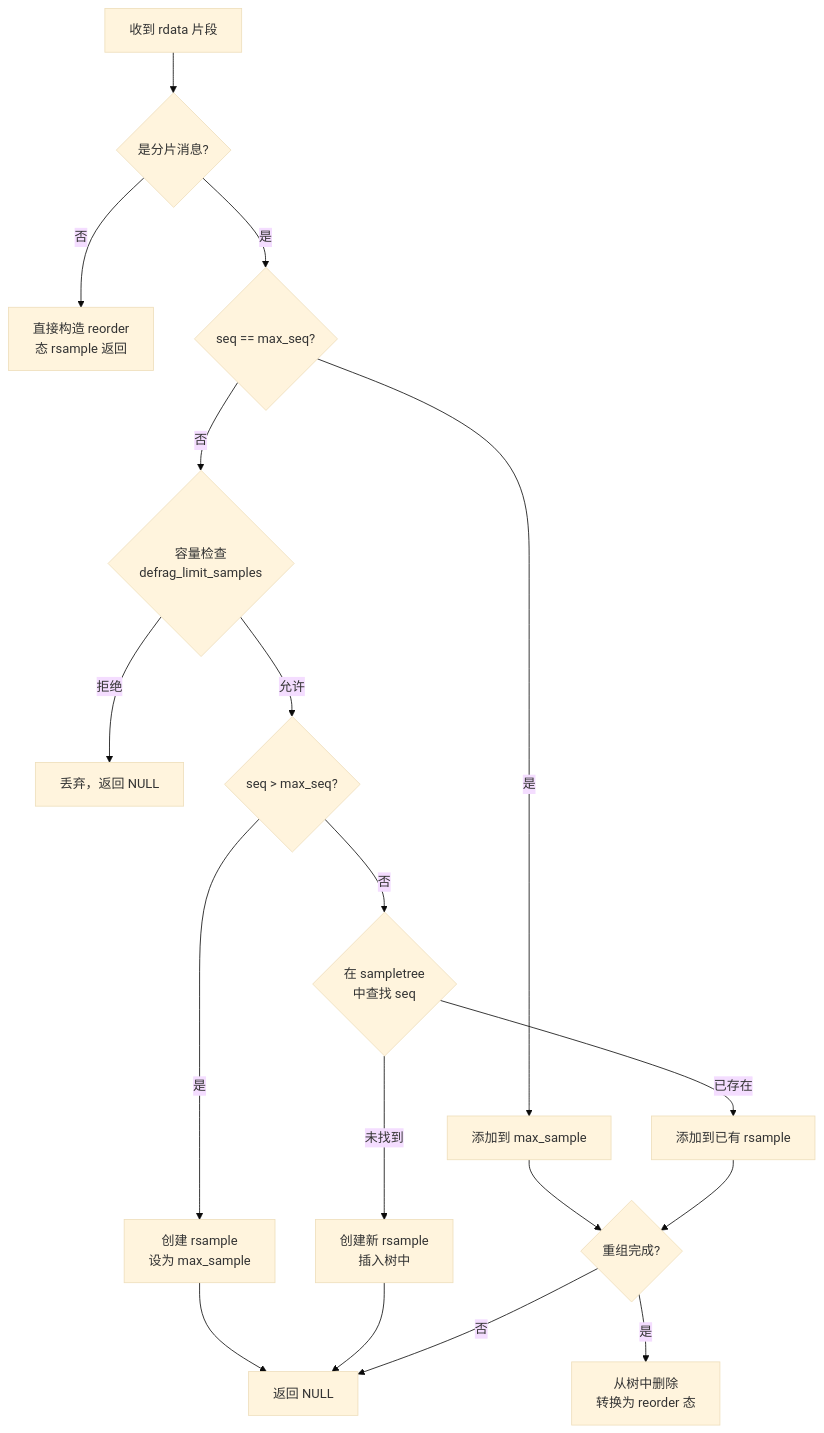
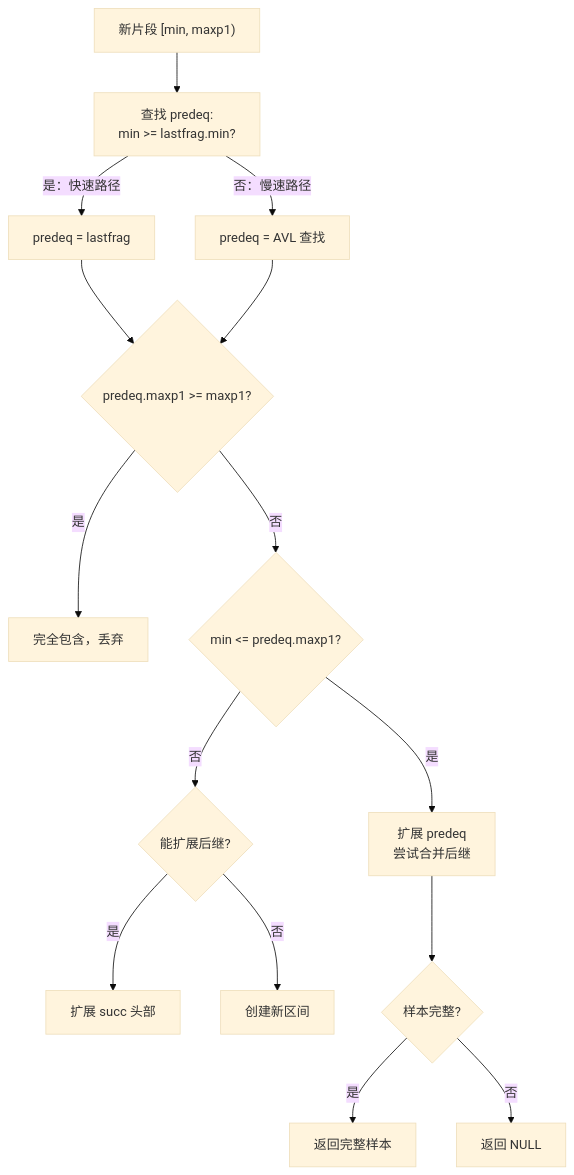
The third of 3 diagrams in study/rbuf-memory-model/03-defrag.md (Learner-Geek-Perfectionist/Cyclone-DDS-Study), drawn with Mermaid (base theme) before and after one commit. The commit also changed other lines of this file and 1514 other files, not shown here.

````diff
--- a/study/rbuf-memory-model/03-defrag.md
+++ b/study/rbuf-memory-model/03-defrag.md
@@ -200,36 +160,22 @@
 ```mermaid
-flowchart TD
-  Entry["收到 rdata 片段"]
-  IsFrag{"是分片消息?"}
-  RetImm["直接构造 reorder<br/>态 rsample 返回"]
-  FastPath{"seq == max_seq?"}
-  AddFrag1["添加到 max_sample"]
-  Limit{"容量检查<br/>defrag_limit_samples"}
-  LimitFail["丢弃，返回 NULL"]
-  IsNew{"seq > max_seq?"}
-  NewMax["创建 rsample<br/>设为 max_sample"]
-  Lookup{"在 sampletree<br/>中查找 seq"}
-  NewSample["创建新 rsample<br/>插入树中"]
-  AddFrag2["添加到已有 rsample"]
-  Complete{"重组完成?"}
-  Convert["从树中删除<br/>转换为 reorder 态"]
-  RetNull["返回 NULL"]
+graph TD
+    Start["新片段 [min, maxp1)"] --> FindPredeq["查找 predeq:<br/>min >= lastfrag.min?"]
+    FindPredeq -->|"是：快速路径"| FastPath["predeq = lastfrag"]
+    FindPredeq -->|"否：慢速路径"| SlowPath["predeq = AVL 查找"]
 
-  Entry --> IsFrag
-  IsFrag -->|否| RetImm
-  IsFrag -->|是| FastPath
-  FastPath -->|是| AddFrag1
-  FastPath -->|否| Limit
-  Limit -->|拒绝| LimitFail
-  Limit -->|允许| IsNew
-  IsNew -->|是| NewMax
-  IsNew -->|否| Lookup
-  Lookup -->|未找到| NewSample
-  Lookup -->|已存在| AddFrag2
-  AddFrag1 --> Complete
-  AddFrag2 --> Complete
-  NewMax --> RetNull
-  NewSample --> RetNull
-  Complete -->|是| Convert
-  Complete -->|否| RetNull
+    FastPath --> Check1{"predeq.maxp1 >= maxp1?"}
+    SlowPath --> Check1
+
+    Check1 -->|"是"| Discard["完全包含，丢弃"]
+    Check1 -->|"否"| Check2{"min <= predeq.maxp1?"}
+
+    Check2 -->|"是"| Extend["扩展 predeq<br/>尝试合并后继"]
+    Check2 -->|"否"| Check3{"能扩展后继?"}
+
+    Check3 -->|"是"| ExtendSucc["扩展 succ 头部"]
+    Check3 -->|"否"| NewIV["创建新区间"]
+
+    Extend --> Complete{"样本完整?"}
+    Complete -->|"是"| Return["返回完整样本"]
+    Complete -->|"否"| ReturnNull["返回 NULL"]
 ```
````
